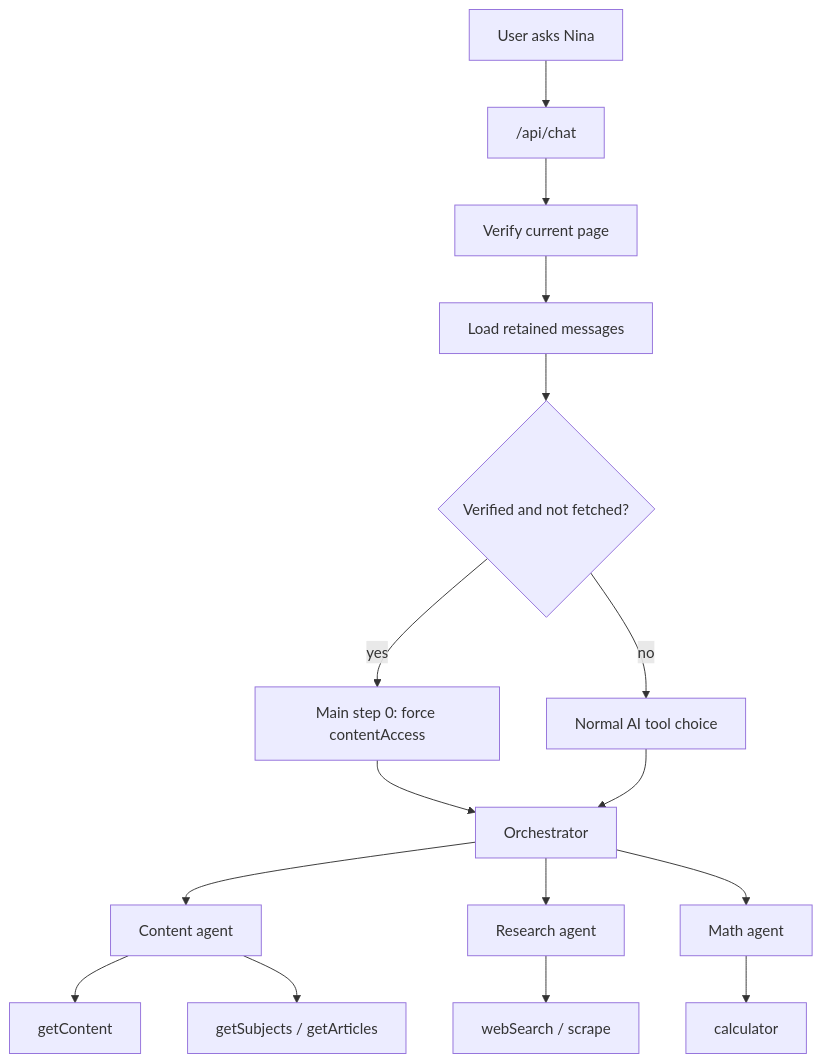
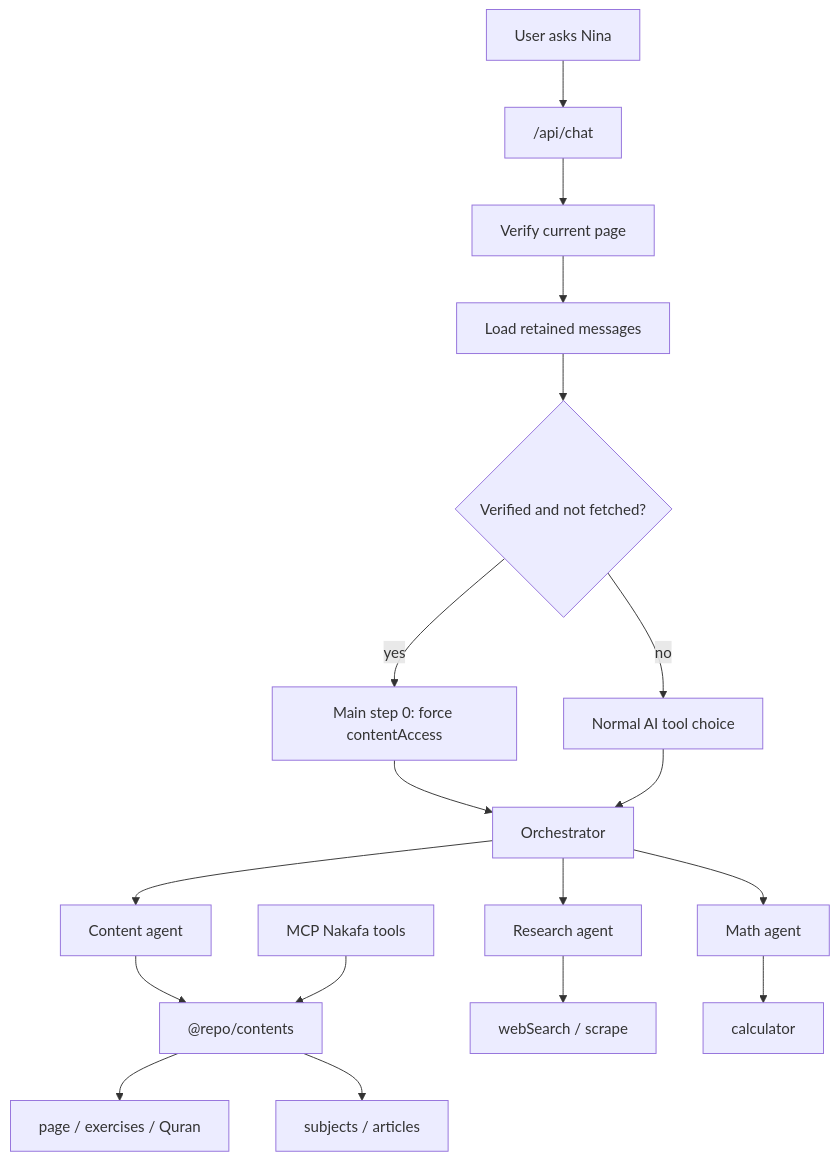
One commit to nakafaai/nakafa.com changed the first of 2 diagrams in packages/ai/agents/docs/architecture.md. Above: the diagram before and after it, drawn with Mermaid. The commit also changed other lines of this file and 37 other files, not shown here.

````diff
--- a/packages/ai/agents/docs/architecture.md
+++ b/packages/ai/agents/docs/architecture.md
@@ -60,22 +59,24 @@
 ```mermaid
 flowchart TD
     A["User asks Nina"] --> B["/api/chat"]
     B --> C["Verify current page"]
     C --> D["Load retained messages"]
     D --> E{"Verified and not fetched?"}
 
     E -- "yes" --> F["Main step 0: force contentAccess"]
     E -- "no" --> G["Normal AI tool choice"]
 
     F --> H["Orchestrator"]
     G --> H
 
     H --> I["Content agent"]
     H --> J["Research agent"]
     H --> K["Math agent"]
 
-    I --> L["getContent"]
-    I --> M["getSubjects / getArticles"]
-    J --> N["webSearch / scrape"]
+    I --> L["@repo/contents"]
+    L --> M["page / exercises / Quran"]
+    L --> N["subjects / articles"]
+    P["MCP Nakafa tools"] --> L
+    J --> Q["webSearch / scrape"]
     K --> O["calculator"]
 ```
````
